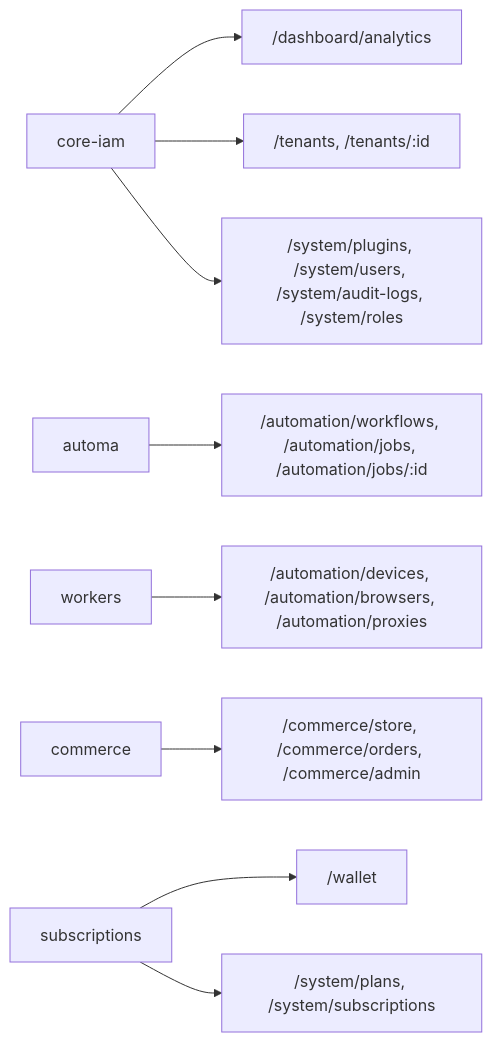
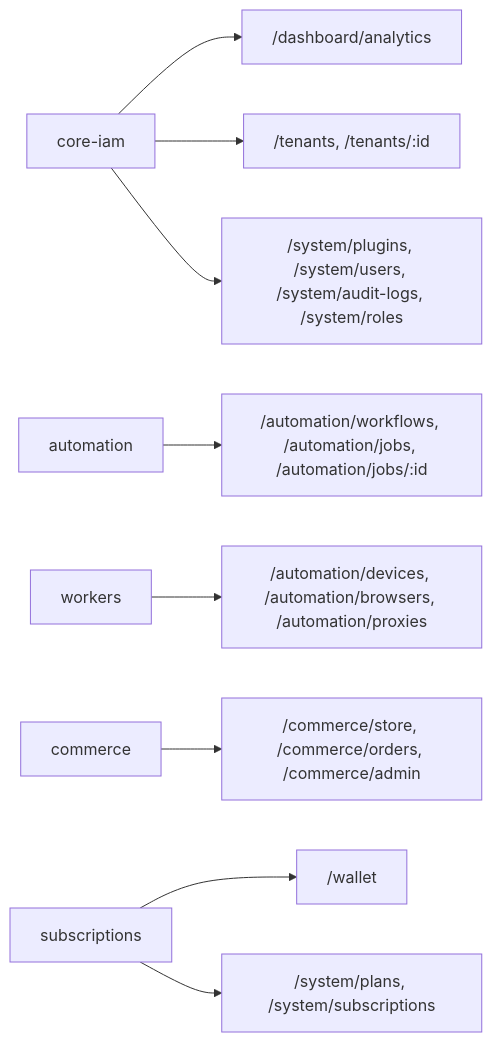
One commit to tuquet/docs changed the second of 2 diagrams in en/admin/architecture/overview.md. Above: the diagram before and after it, drawn with Mermaid. The commit also changed 9 other files, not shown here.

````diff
--- a/en/admin/architecture/overview.md
+++ b/en/admin/architecture/overview.md
@@ -116,11 +116,11 @@
 ```mermaid
 graph LR
     CoreIAM["core-iam"] --> D["/dashboard/analytics"]
     CoreIAM --> T["/tenants, /tenants/:id"]
     CoreIAM --> S1["/system/plugins, /system/users, /system/audit-logs, /system/roles"]
-    Automa["automa"] --> A1["/automation/workflows, /automation/jobs, /automation/jobs/:id"]
+    Automa["automation"] --> A1["/automation/workflows, /automation/jobs, /automation/jobs/:id"]
     Workers["workers"] --> A2["/automation/devices, /automation/browsers, /automation/proxies"]
     Commerce["commerce"] --> C1["/commerce/store, /commerce/orders, /commerce/admin"]
     Subs["subscriptions"] --> C2["/wallet"]
     Subs --> S2["/system/plans, /system/subscriptions"]
 ```
````
